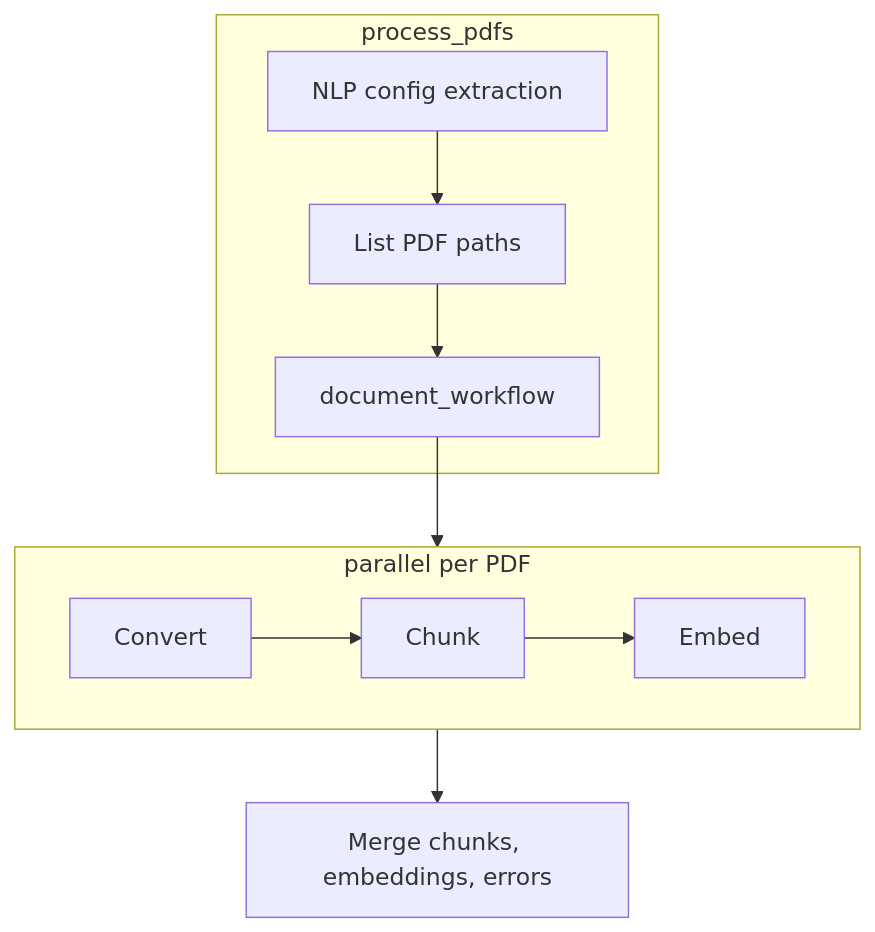
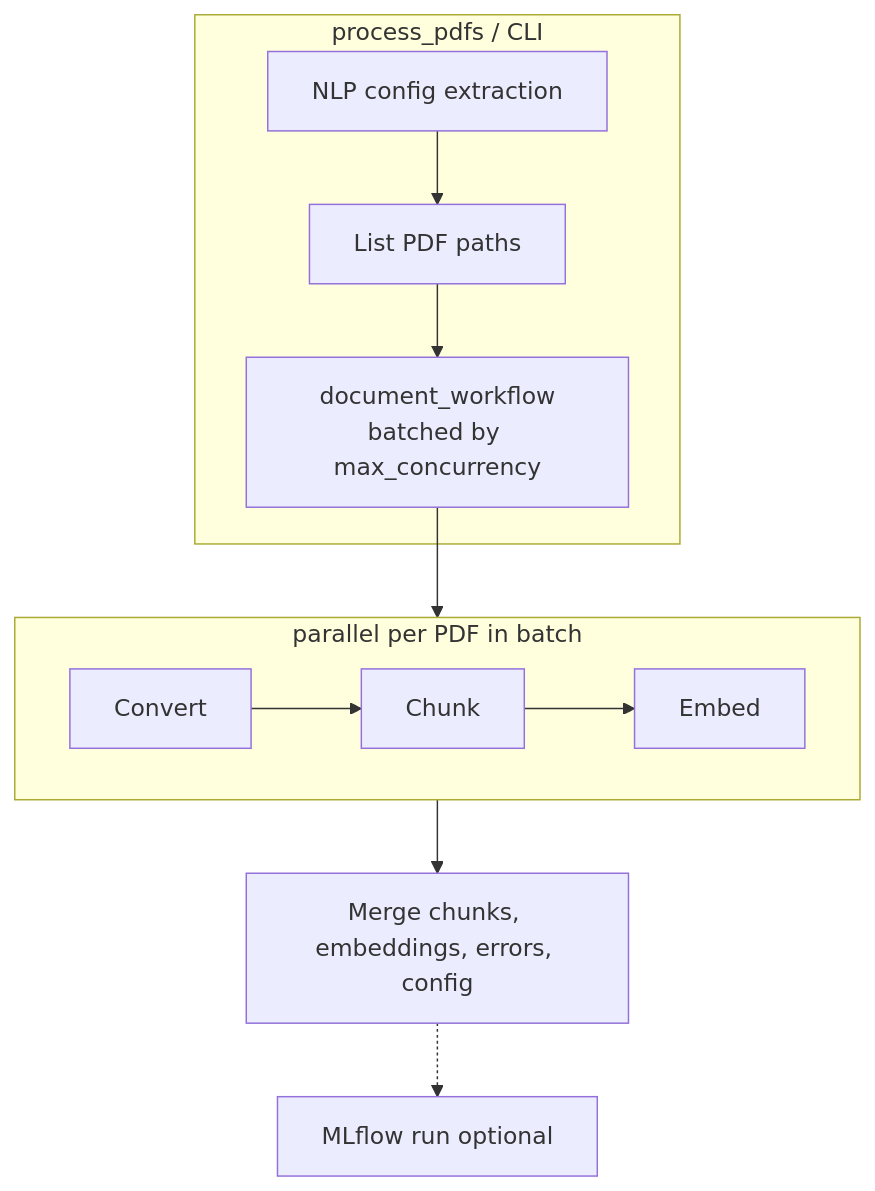
Before and after one commit to mcaimi/docling-agent: the diagram in README.md, drawn with Mermaid. The commit also changed other lines of this file and 1 other file, not shown here.

````diff
--- a/README.md
+++ b/README.md
@@ -85,17 +95,18 @@
 ```mermaid
 flowchart TB
-    subgraph orchestration [process_pdfs]
+    subgraph orchestration [process_pdfs / CLI]
         extract[NLP config extraction]
         listPDFs[List PDF paths]
-        invoke[document_workflow]
+        invoke["document_workflow<br/>batched by max_concurrency"]
         extract --> listPDFs --> invoke
     end
-    subgraph perDoc [parallel per PDF]
+    subgraph perDoc [parallel per PDF in batch]
         convert[Convert]
         chunk[Chunk]
         embed[Embed]
         convert --> chunk --> embed
     end
     invoke --> perDoc
-    perDoc --> merge[Merge chunks, embeddings, errors]
+    perDoc --> merge[Merge chunks, embeddings, errors, config]
+    merge -.-> mlflow[MLflow run optional]
 ```
````
